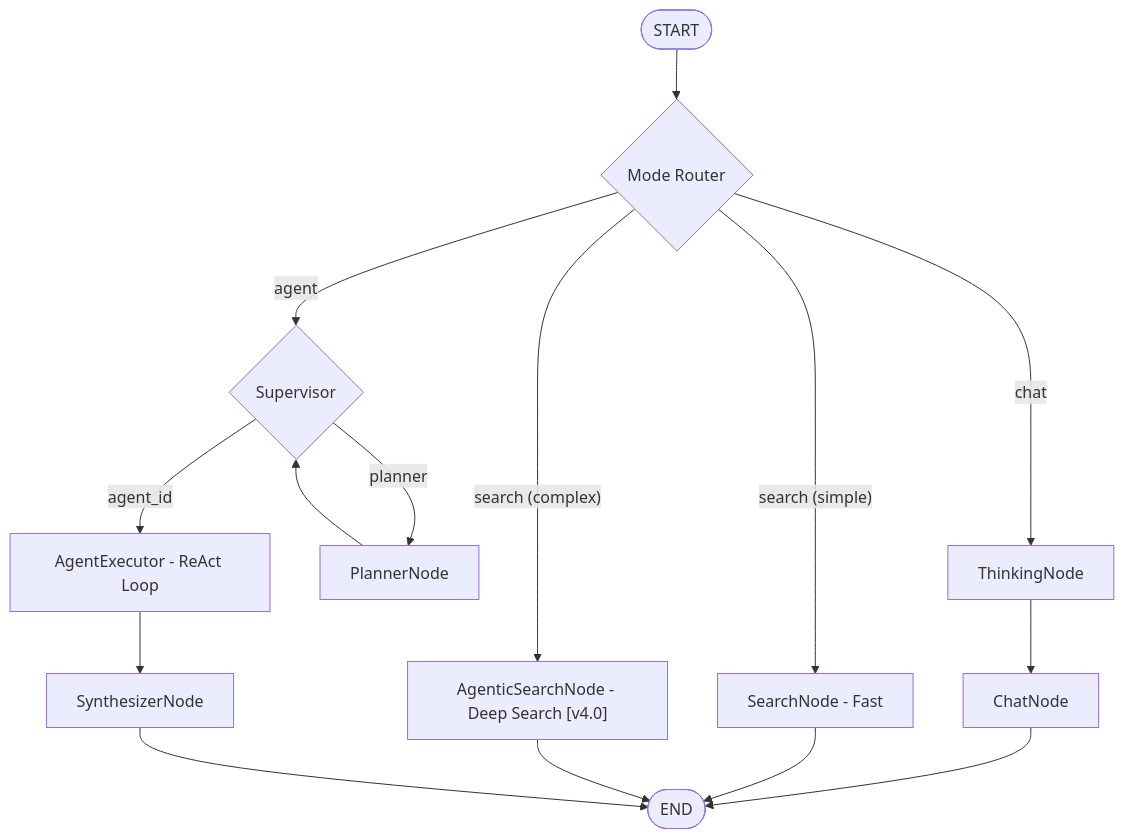
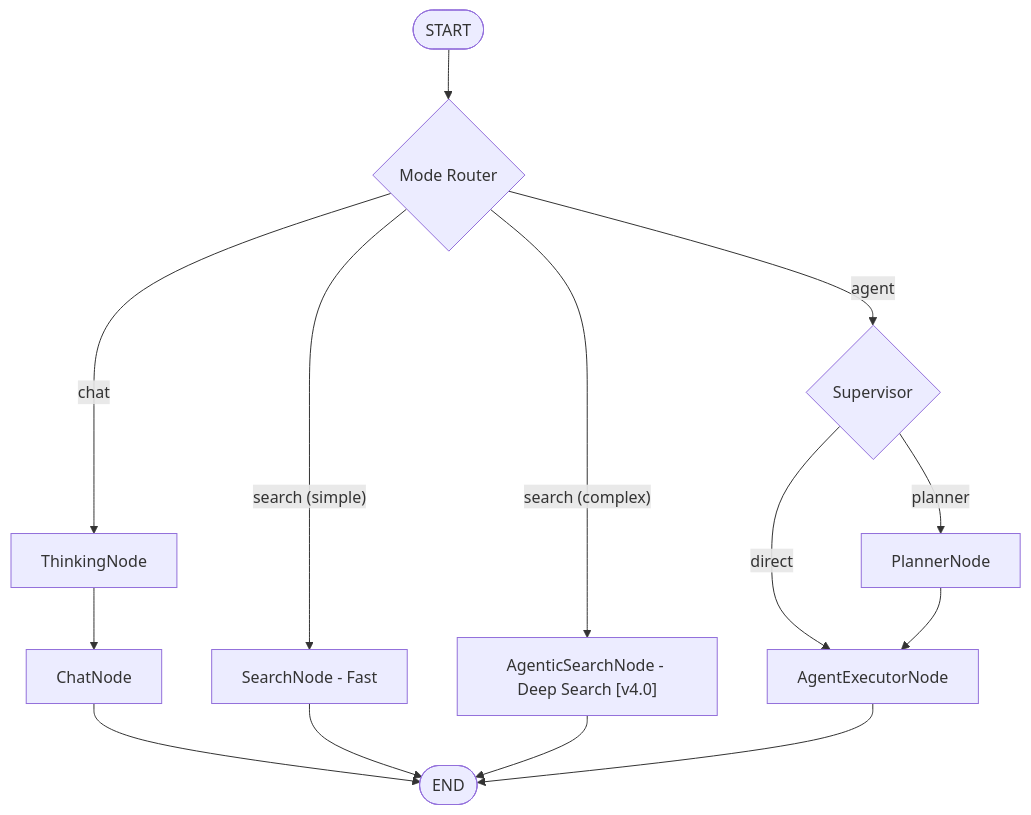
The third of 10 diagrams in docs/architecture/ARCHITECTURE.md (coco4atJP/Tepora-alpha), drawn with Mermaid before and after one commit. The commit also changed other lines of this file, not shown here.

Commit message:
docs: update architecture documentation to v5.02

````diff
--- a/docs/architecture/ARCHITECTURE.md
+++ b/docs/architecture/ARCHITECTURE.md
@@ -428,23 +434,21 @@
 ```mermaid
 graph TD
     START([START]) --> ROUTER{Mode Router}
   
     ROUTER -->|chat| THINK[ThinkingNode]
     THINK --> CHAT[ChatNode]
   
     ROUTER -->|"search (simple)"| SEARCH[SearchNode - Fast]
     ROUTER -->|"search (complex)"| AGENTIC["AgenticSearchNode - Deep Search [v4.0]"]
   
     ROUTER -->|agent| SUPERVISOR{Supervisor}
   
     SUPERVISOR -->|planner| PLANNER[PlannerNode]
-    PLANNER --> SUPERVISOR
-  
-    SUPERVISOR -->|agent_id| AGENT_EXEC[AgentExecutor - ReAct Loop]
-    AGENT_EXEC --> SYNTH[SynthesizerNode]
+    SUPERVISOR -->|direct| AGENT_EXEC[AgentExecutorNode]
+    PLANNER --> AGENT_EXEC
   
     CHAT --> END([END])
     SEARCH --> END
     AGENTIC --> END
-    SYNTH --> END
+    AGENT_EXEC --> END
 ```
````
